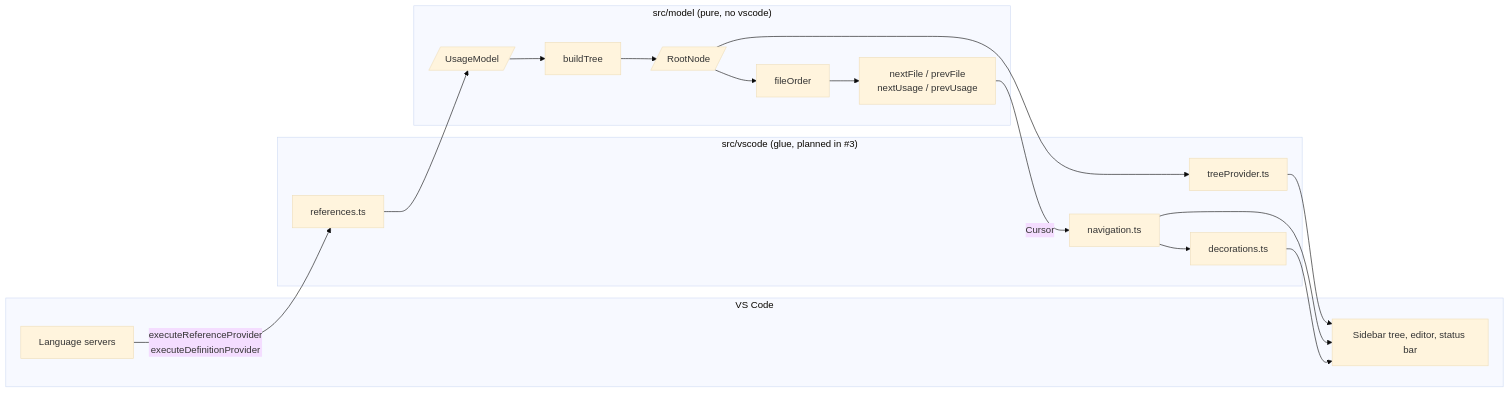
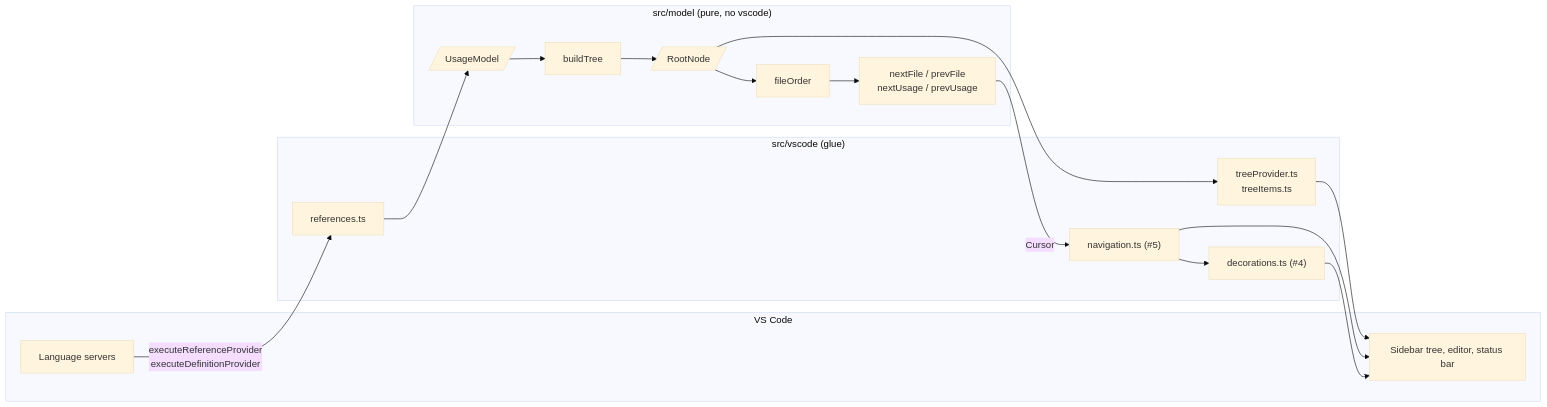
The diagram in docs/README.md (Jdd2020/callsite), drawn with Mermaid (base theme) before and after one commit. The commit also changed other lines of this file and 1 other file, not shown here.

First line of the commit message:
Update the architecture docs for the glue and the tree

````diff
--- a/docs/README.md
+++ b/docs/README.md
@@ -14,27 +14,27 @@
 ```mermaid
 flowchart LR
     subgraph vscode["VS Code"]
         LS["Language servers"]
         UI["Sidebar tree, editor, status bar"]
     end
-    subgraph glue["src/vscode (glue, planned in #3)"]
+    subgraph glue["src/vscode (glue)"]
         REF["references.ts"]
-        TP["treeProvider.ts"]
-        NAV["navigation.ts"]
-        DEC["decorations.ts"]
+        TP["treeProvider.ts<br/>treeItems.ts"]
+        NAV["navigation.ts (#5)"]
+        DEC["decorations.ts (#4)"]
     end
     subgraph model["src/model (pure, no vscode)"]
         UM[/"UsageModel"/]
         BT["buildTree"]
         RN[/"RootNode"/]
         FO["fileOrder"]
         STEP["nextFile / prevFile<br/>nextUsage / prevUsage"]
     end
 
     LS -- "executeReferenceProvider<br/>executeDefinitionProvider" --> REF
     REF --> UM --> BT --> RN
     RN --> TP --> UI
     RN --> FO --> STEP
     STEP -- "Cursor" --> NAV --> UI
     NAV --> DEC --> UI
 ```
````
